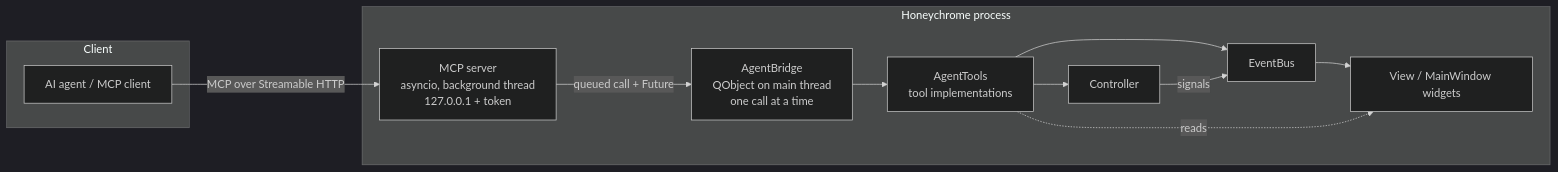
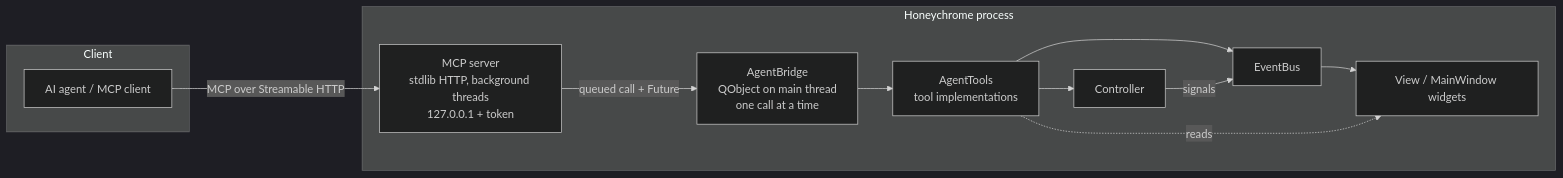
Before and after one commit to luangxiao/honeychrome: the diagram in design/agent_control.md, drawn with Mermaid (dark theme). The commit also changed other lines of this file and 9 other files, not shown here.

````diff
--- a/design/agent_control.md
+++ b/design/agent_control.md
@@ -59,22 +60,22 @@
 ```mermaid
 flowchart LR
   subgraph Client
     A[AI agent / MCP client]
   end
   subgraph Honeychrome process
-    S[MCP server<br/>asyncio, background thread<br/>127.0.0.1 + token]
+    S[MCP server<br/>stdlib HTTP, background threads<br/>127.0.0.1 + token]
     B[AgentBridge<br/>QObject on main thread<br/>one call at a time]
     T[AgentTools<br/>tool implementations]
     C[Controller]
     E[EventBus]
     V[View / MainWindow widgets]
   end
   A -- MCP over Streamable HTTP --> S
   S -- queued call + Future --> B
   B --> T
   T --> C
   T --> E
   C -- signals --> E
   E --> V
   T -. reads .-> V
 ```
````
